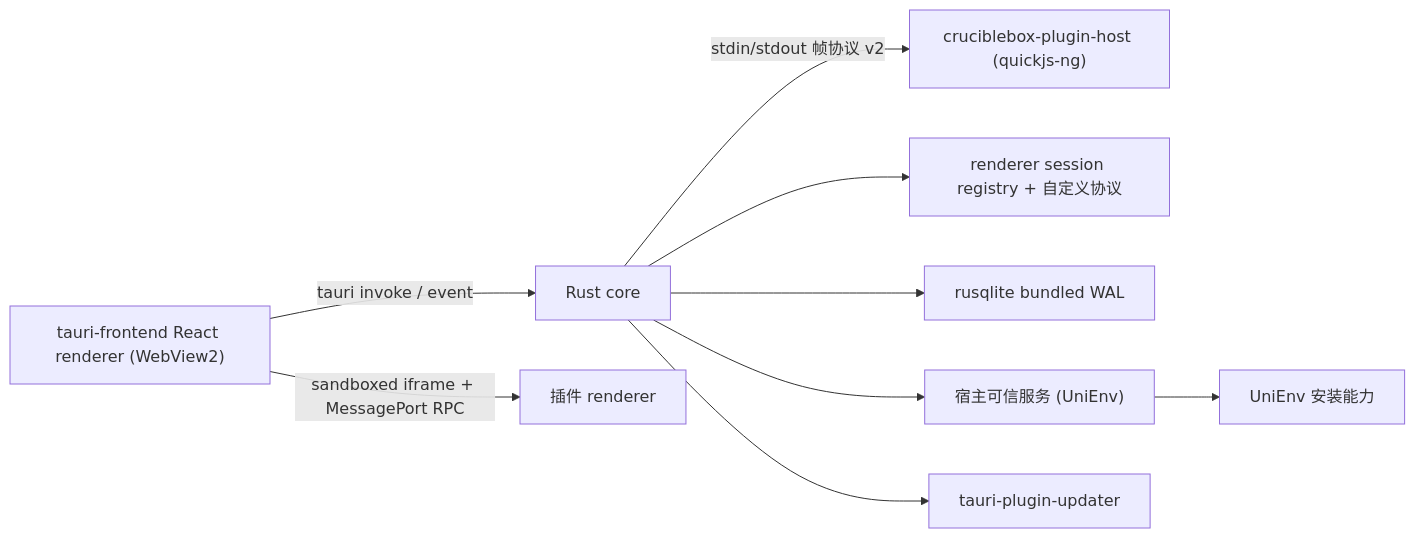
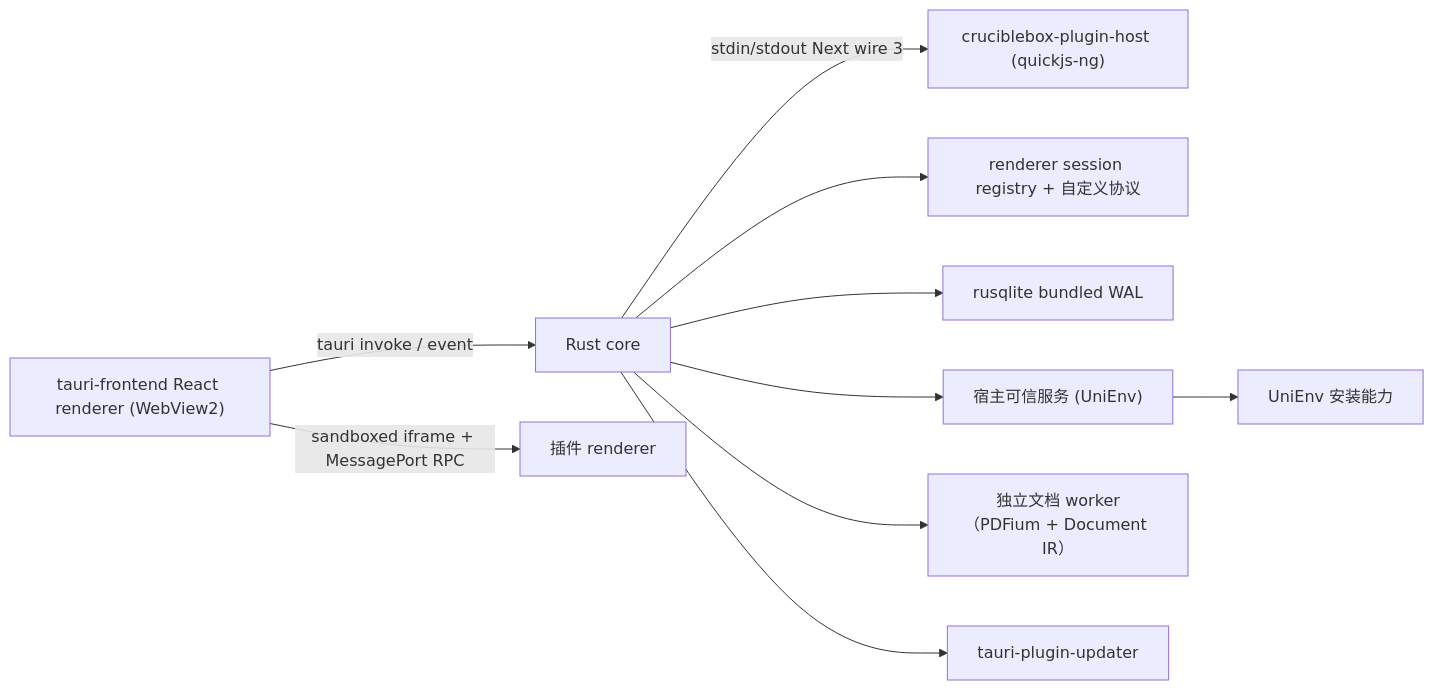
Before and after one commit to Xuancheng75/CrucibleBox: the diagram in docs/architecture.md, drawn with Mermaid. The commit also changed other lines of this file and 529 other files, not shown here.

Commit message:
feat: deliver beta4 Next architecture and plugin upgrade flow

````diff
--- a/docs/architecture.md
+++ b/docs/architecture.md
@@ -11,11 +11,12 @@
 ```mermaid
 flowchart LR
   UI["tauri-frontend React renderer (WebView2)"] -->|"tauri invoke / event"| CORE["Rust core"]
   UI -->|"sandboxed iframe + MessagePort RPC"| FRAME["插件 renderer"]
-  CORE -->|"stdin/stdout 帧协议 v2"| SIDECAR["cruciblebox-plugin-host (quickjs-ng)"]
+  CORE -->|"stdin/stdout Next wire 3"| SIDECAR["cruciblebox-plugin-host (quickjs-ng)"]
   CORE --> SESSION["renderer session registry + 自定义协议"]
   CORE --> DB["rusqlite bundled WAL"]
   CORE --> TRUSTED["宿主可信服务 (UniEnv)"]
+  CORE --> DOCWORKER["独立文档 worker（PDFium + Document IR）"]
   TRUSTED --> UNIENV["UniEnv 安装能力"]
   CORE --> UPDATER["tauri-plugin-updater"]
 ```
````
